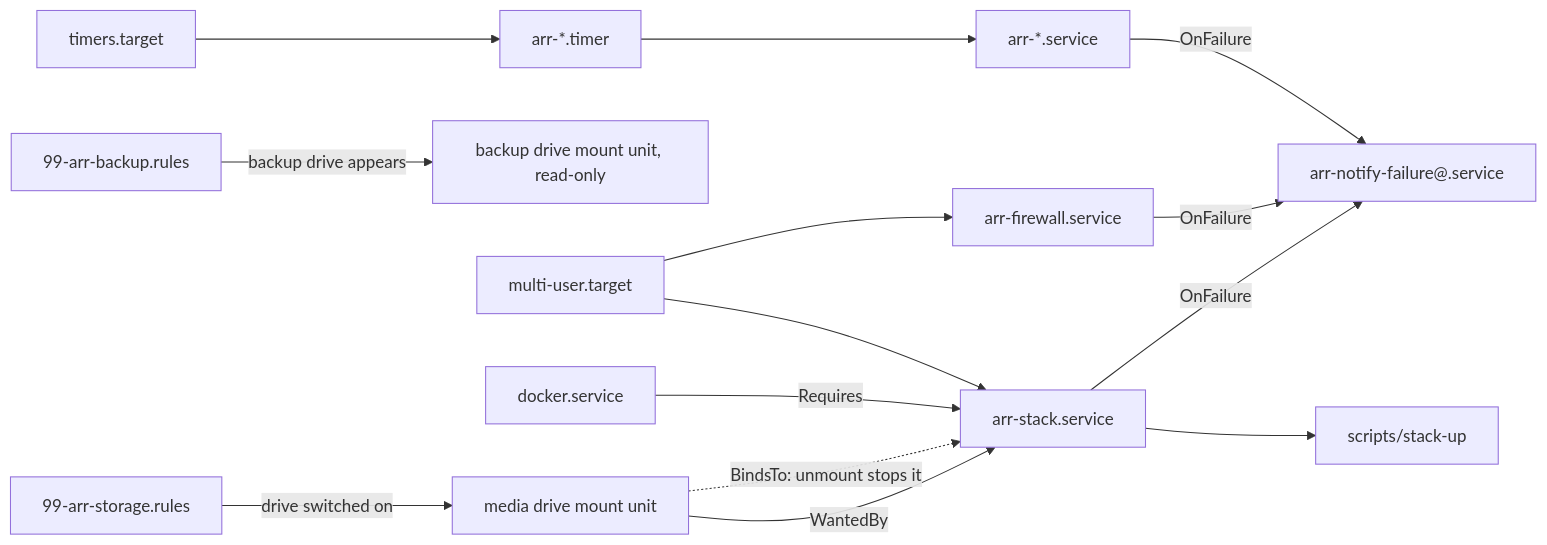
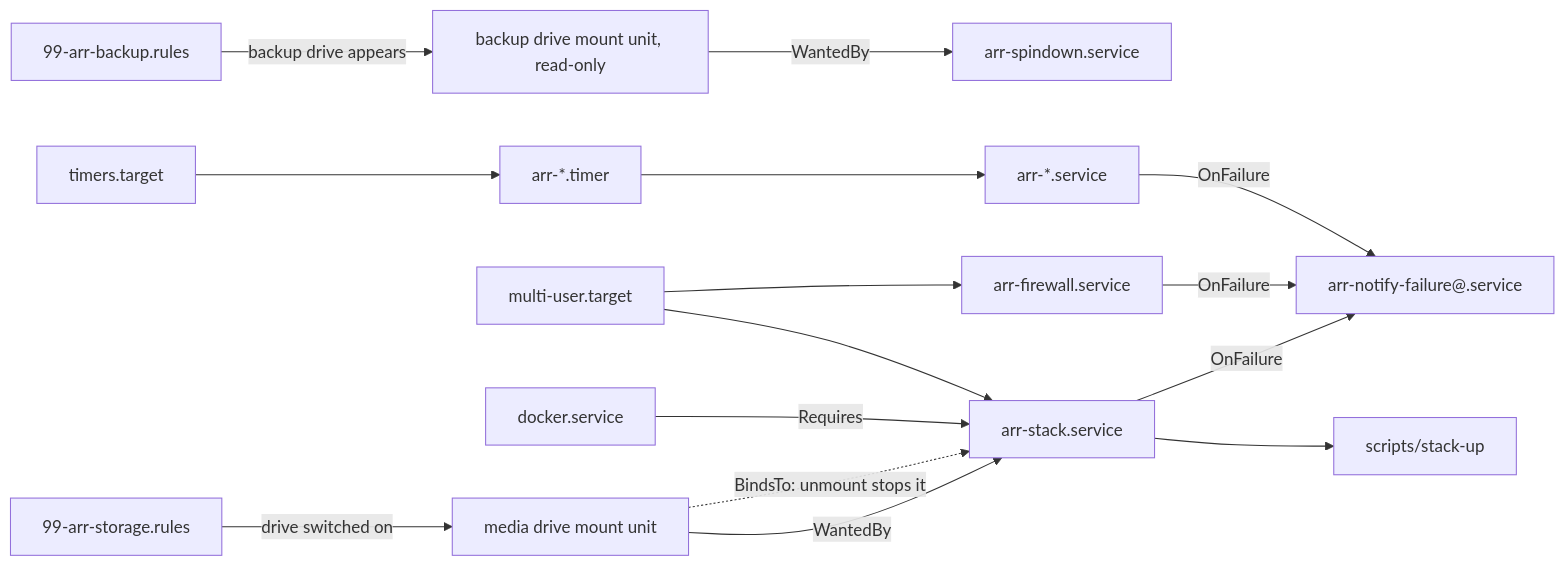
The first of 2 diagrams in docs/reference/systemd.md (bugrauluyurt/homelab-media-stack), drawn with Mermaid before and after one commit. The commit also changed other lines of this file and 22 other files, not shown here.

````diff
--- a/docs/reference/systemd.md
+++ b/docs/reference/systemd.md
@@ -31,16 +31,17 @@
 ```mermaid
 flowchart LR
   udev["99-arr-storage.rules"] -->|"drive switched on"| mount["media drive mount unit"]
   budev["99-arr-backup.rules"] -->|"backup drive appears"| bmount["backup drive mount unit, read-only"]
+  bmount -->|"WantedBy"| spindown["arr-spindown.service"]
   boot["multi-user.target"] --> stack["arr-stack.service"]
   mount -->|"WantedBy"| stack
   mount -.->|"BindsTo: unmount stops it"| stack
   docker["docker.service"] -->|"Requires"| stack
   stack --> stackup["scripts/stack-up"]
   boot --> fw["arr-firewall.service"]
   timers["timers.target"] --> t["arr-*.timer"]
   t --> svc["arr-*.service"]
   stack -->|"OnFailure"| notify["arr-notify-failure@.service"]
   fw -->|"OnFailure"| notify
   svc -->|"OnFailure"| notify
 ```
````
